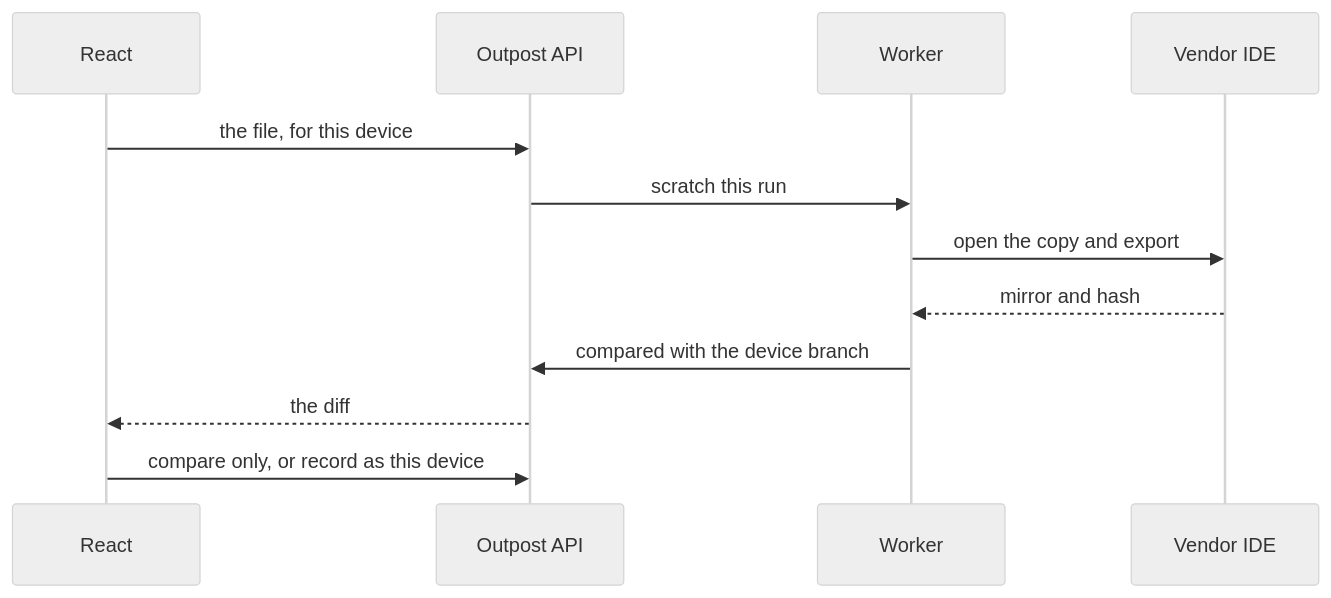
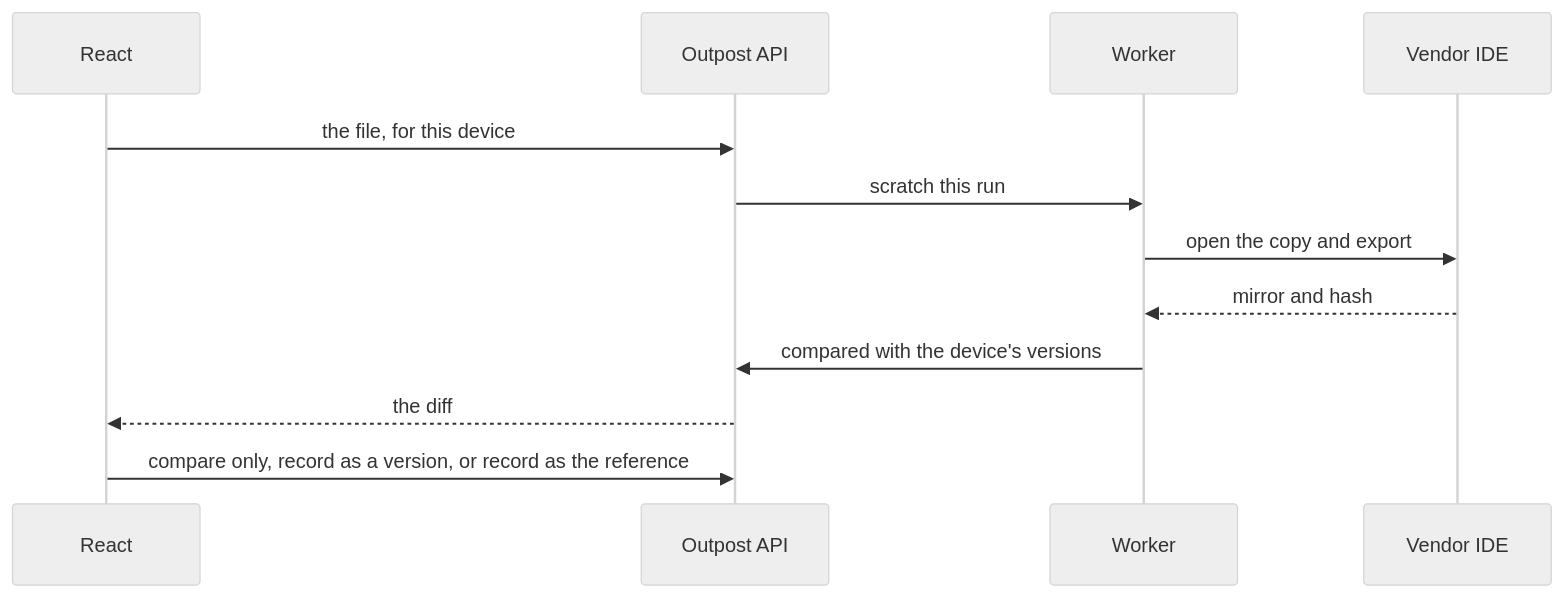
The third of 6 diagrams in docs/outpost/PLAN.md (Jhonatan-fluid/Versio-VersionControlSystem), drawn with Mermaid (neutral theme) before and after one commit. The commit also changed other lines of this file and 13 other files, not shown here.

````diff
--- a/docs/outpost/PLAN.md
+++ b/docs/outpost/PLAN.md
@@ -371,15 +388,15 @@
 ```mermaid
 sequenceDiagram
   participant Web as React
   participant API as Outpost API
   participant W as Worker
   participant IDE as Vendor IDE
 
   Web->>API: the file, for this device
   API->>W: scratch this run
   W->>IDE: open the copy and export
   IDE-->>W: mirror and hash
-  W->>API: compared with the device branch
+  W->>API: compared with the device's versions
   API-->>Web: the diff
-  Web->>API: compare only, or record as this device
+  Web->>API: compare only, record as a version, or record as the reference
 ```
````
